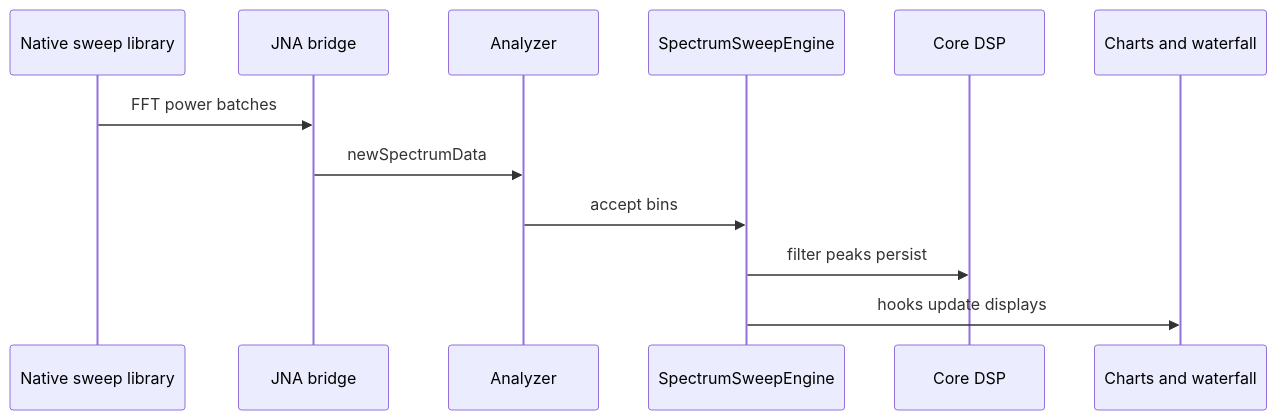
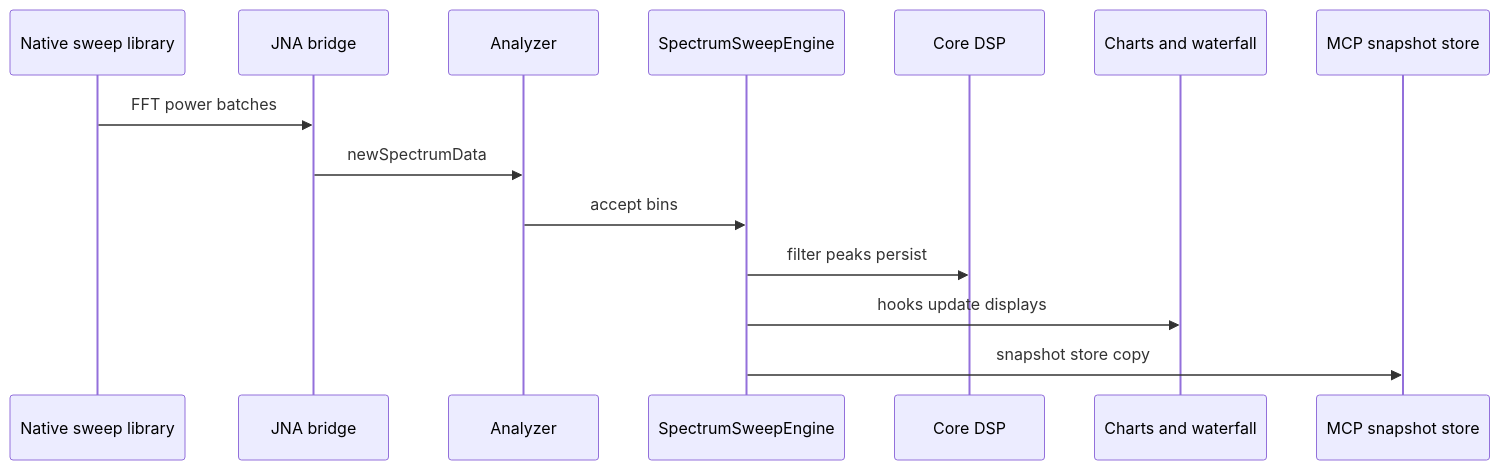
The second of 5 diagrams in docs/architecture.md (chris-piekarski/hackrf-spectrum-analyzer), drawn with Mermaid before and after one commit. The commit also changed other lines of this file and 43 other files, not shown here.

````diff
--- a/docs/architecture.md
+++ b/docs/architecture.md
@@ -54,15 +60,17 @@
 ```mermaid
 sequenceDiagram
     participant Native as Native sweep library
     participant Bridge as JNA bridge
     participant Analyzer as Analyzer
     participant Engine as SpectrumSweepEngine
     participant DSP as Core DSP
     participant UI as Charts and waterfall
+    participant MCP as MCP snapshot store
 
     Native->>Bridge: FFT power batches
     Bridge->>Analyzer: newSpectrumData
     Analyzer->>Engine: accept bins
     Engine->>DSP: filter peaks persist
     Engine->>UI: hooks update displays
+    Engine->>MCP: snapshot store copy
 ```
````
